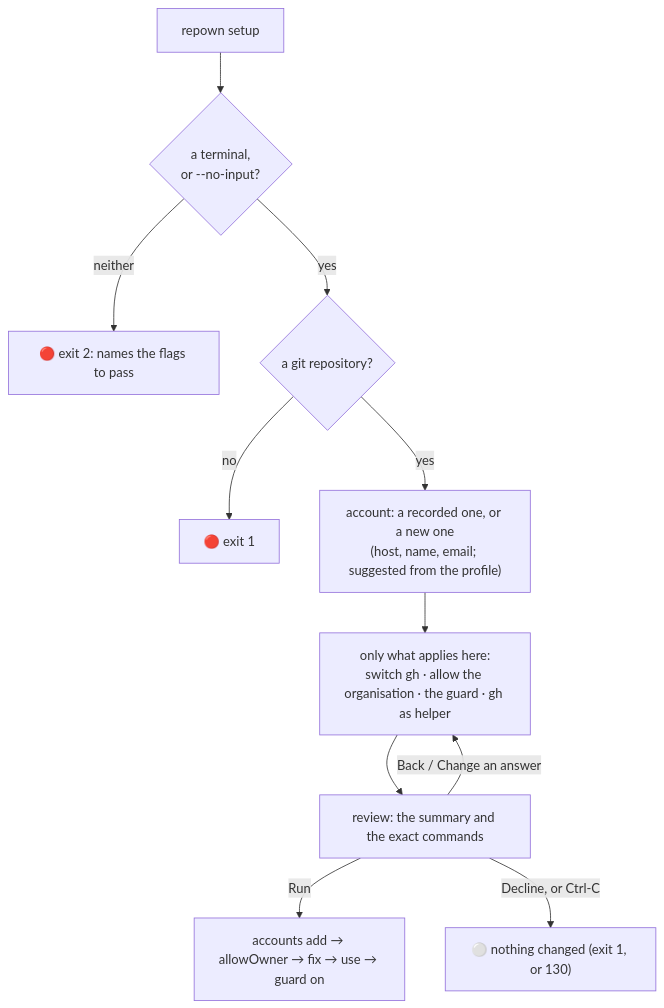
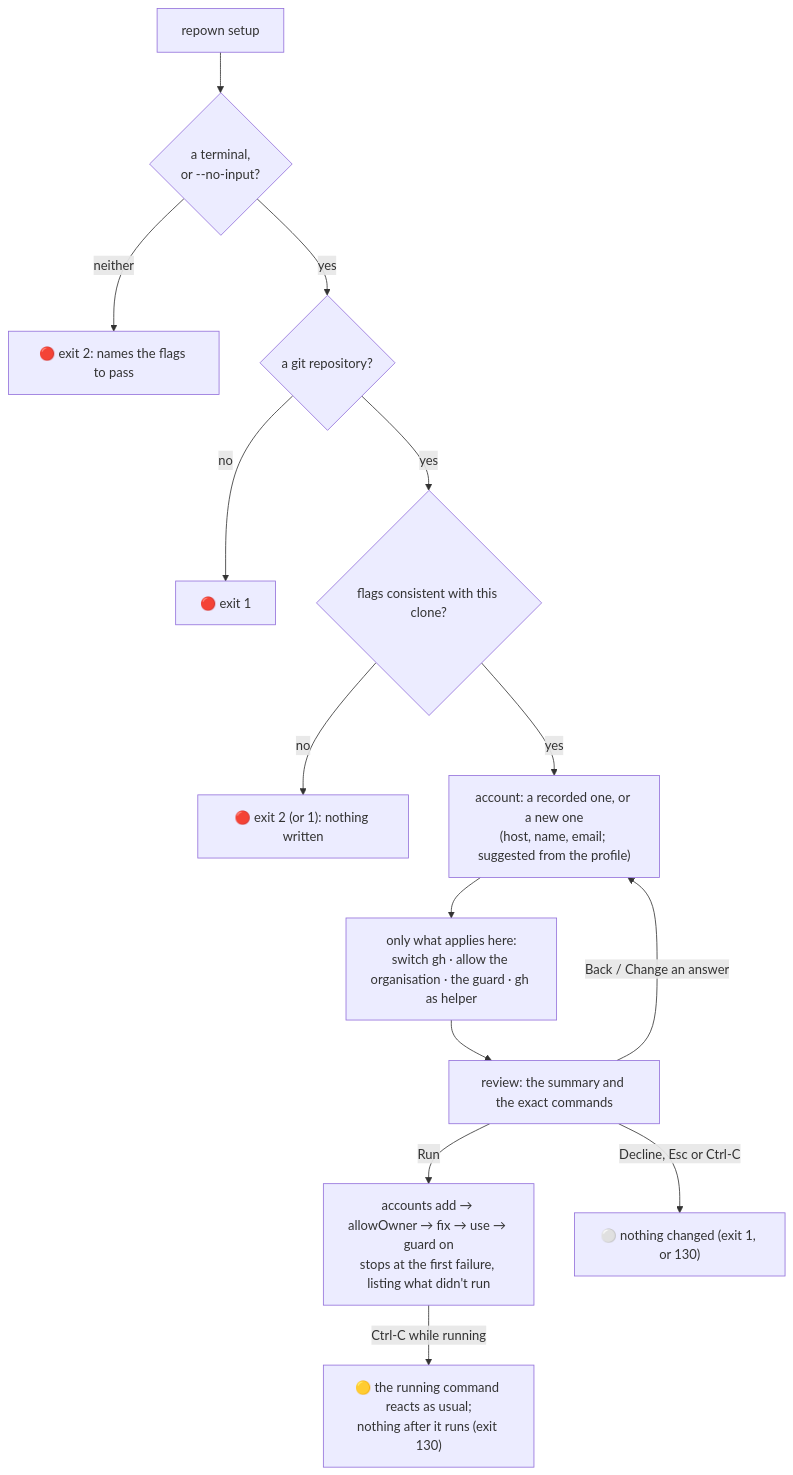
Before and after one commit to makubexD/repown: the ninth of 9 diagrams in docs/HOW-IT-WORKS.md, drawn with Mermaid. The commit also changed other lines of this file and 17 other files, not shown here.

````diff
--- a/docs/HOW-IT-WORKS.md
+++ b/docs/HOW-IT-WORKS.md
@@ -464,13 +464,16 @@
 ```mermaid
 flowchart TD
   S[repown setup] --> T{"a terminal,<br/>or --no-input?"}
   T -->|neither| X2["🔴 exit 2: names the flags to pass"]
   T -->|yes| R{"a git repository?"}
   R -->|no| X1["🔴 exit 1"]
-  R -->|yes| A["account: a recorded one, or a new one<br/>(host, name, email; suggested from the profile)"]
+  R -->|yes| F{"flags consistent with this clone?"}
+  F -->|no| X3["🔴 exit 2 (or 1): nothing written"]
+  F -->|yes| A["account: a recorded one, or a new one<br/>(host, name, email; suggested from the profile)"]
   A --> Q["only what applies here:<br/>switch gh · allow the organisation · the guard · gh as helper"]
   Q --> V["review: the summary and the exact commands"]
-  V -->|Run| C["accounts add → allowOwner → fix → use → guard on"]
-  V -->|Back / Change an answer| Q
-  V -->|Decline, or Ctrl-C| N["⚪ nothing changed (exit 1, or 130)"]
+  V -->|Run| C["accounts add → allowOwner → fix → use → guard on<br/>stops at the first failure, listing what didn't run"]
+  V -->|Back / Change an answer| A
+  V -->|Decline, Esc or Ctrl-C| N["⚪ nothing changed (exit 1, or 130)"]
+  C -->|Ctrl-C while running| I["🟡 the running command reacts as usual;<br/>nothing after it runs (exit 130)"]
 ```
````
